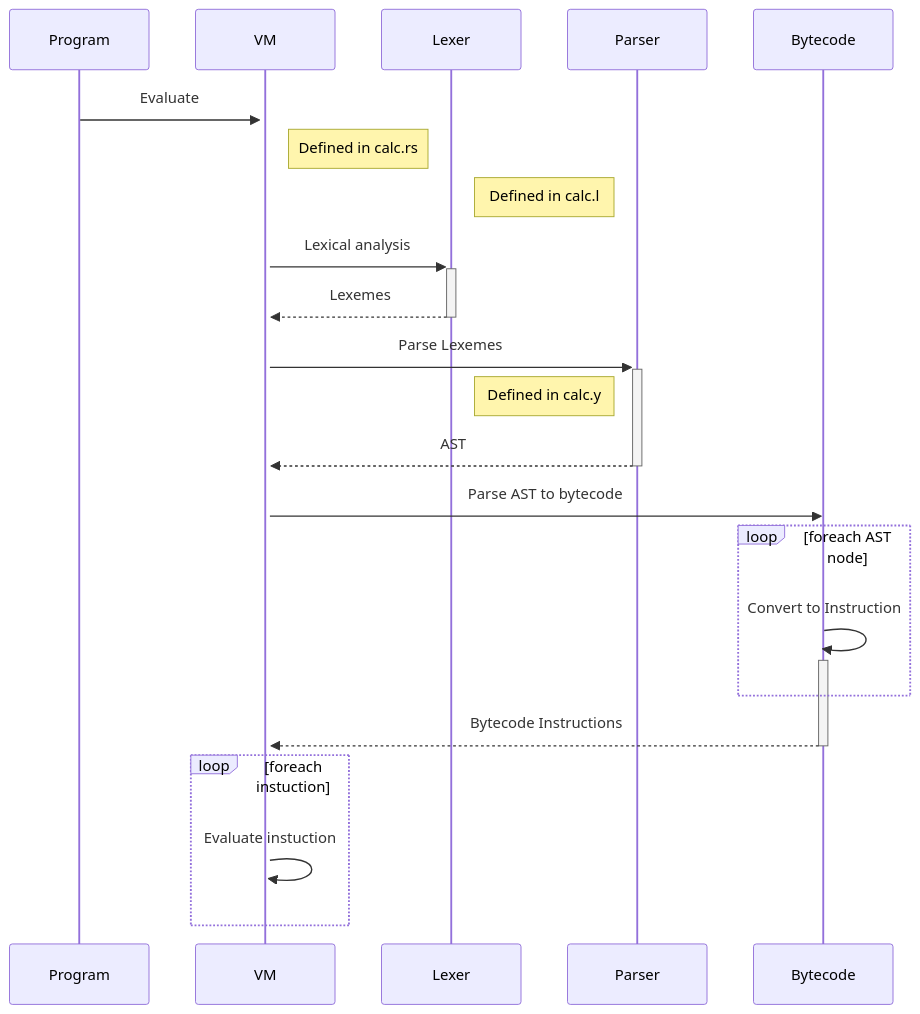
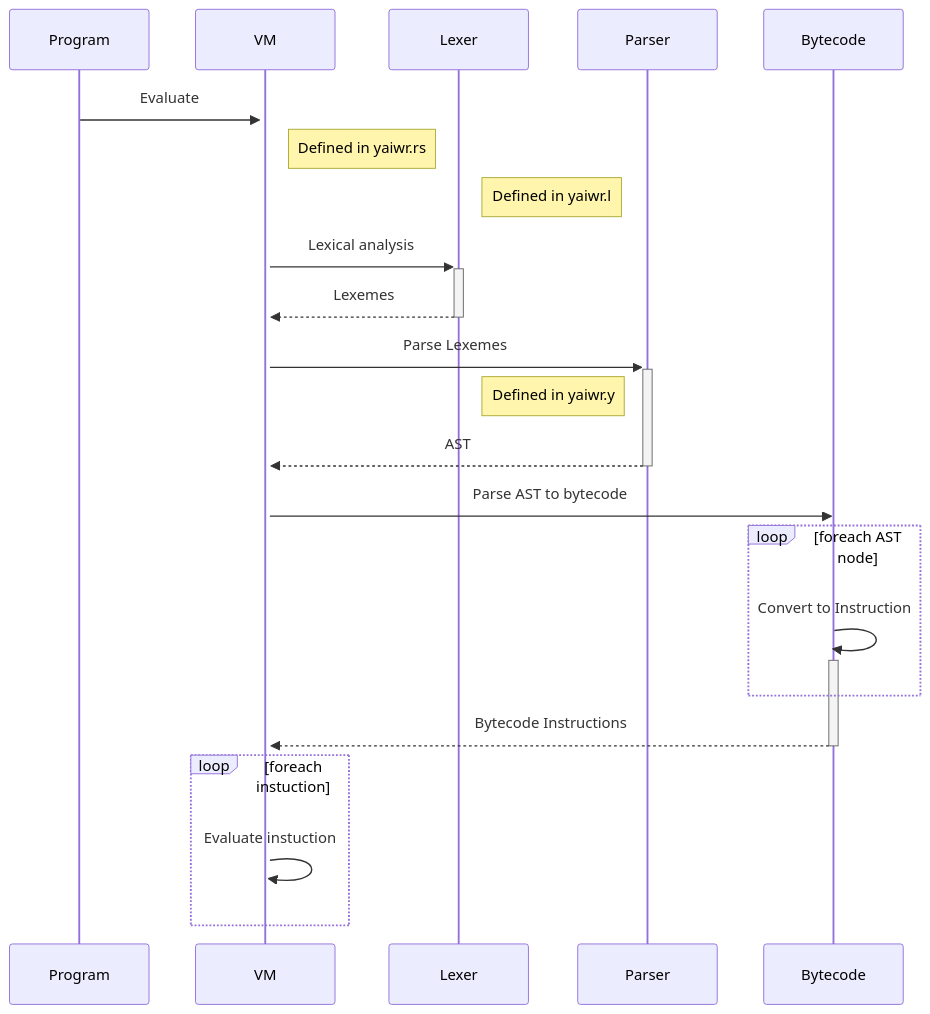
The diagram in README.md (softdevteam/pavel.yaiwr), drawn with Mermaid before and after one commit. The commit also changed other lines of this file and 30 other files, not shown here.

````diff
--- a/README.md
+++ b/README.md
@@ -321,19 +321,19 @@
 ```mermaid
 sequenceDiagram
     Program->>+VM: Evaluate
-    note right of VM: Defined in calc.rs
-    note right of Lexer: Defined in calc.l
+    note right of VM: Defined in yaiwr.rs
+    note right of Lexer: Defined in yaiwr.l
     VM->>+Lexer: Lexical analysis 
     Lexer-->>-VM: Lexemes
     VM->>+Parser: Parse Lexemes
-        note right of Lexer: Defined in calc.y
+        note right of Lexer: Defined in yaiwr.y
     Parser-->>-VM: AST
     VM->>Bytecode: Parse AST to bytecode
     loop foreach AST node
         Bytecode->>+Bytecode: Convert to Instruction
     end
     Bytecode-->>-VM: Bytecode Instructions
     loop foreach instuction
         VM->>+VM: Evaluate instuction
     end
 ```
````
